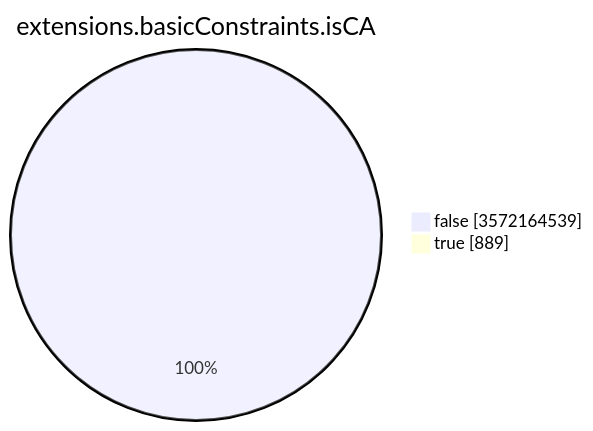
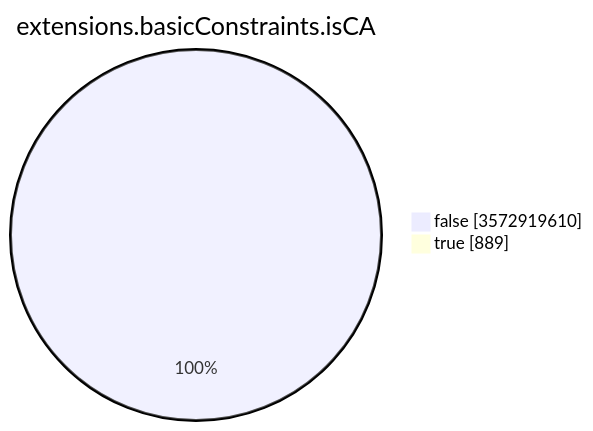
The seventh of 15 diagrams in TOTAL/README.md (christiankrug/ctmonitor_visualization), drawn with Mermaid before and after one commit. The commit also changed other lines of this file, not shown here.

````diff
--- a/TOTAL/README.md
+++ b/TOTAL/README.md
@@ -3094,6 +3094,6 @@
 ```mermaid
 pie showData
 title extensions.basicConstraints.isCA
-"false" :3572164539
+"false" :3572919610
 "true" :889
 ```
````
